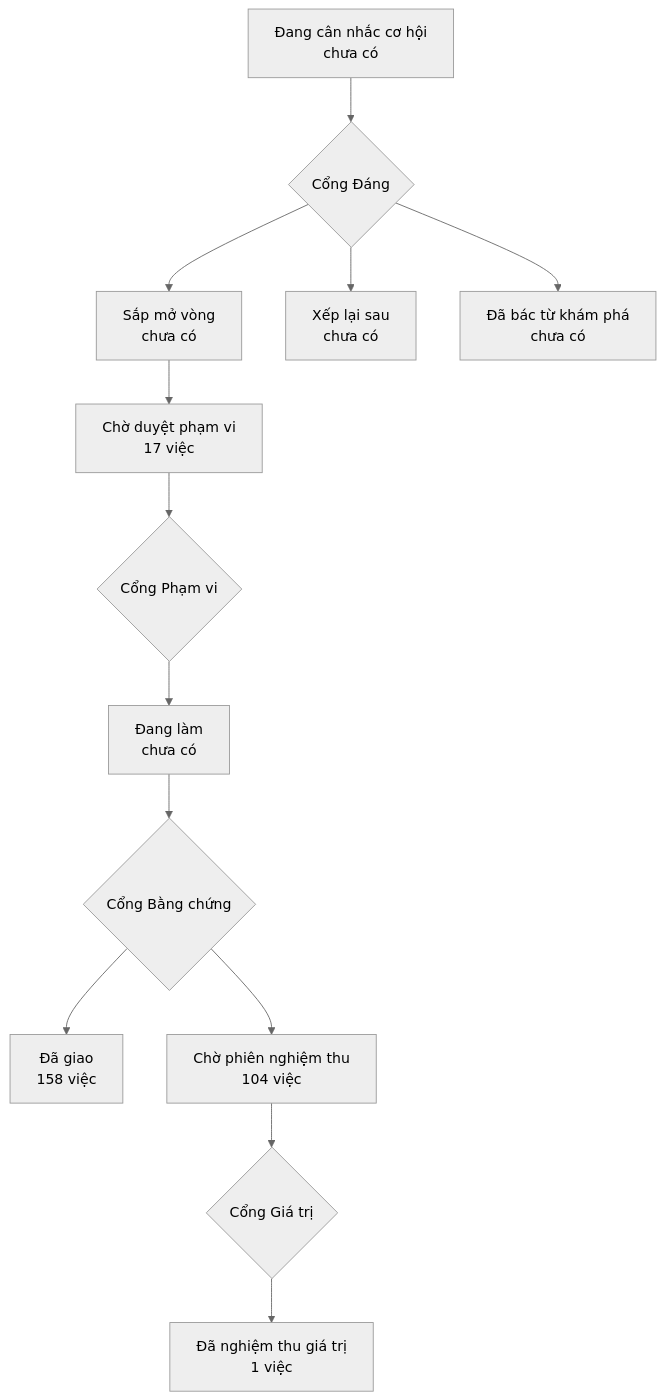
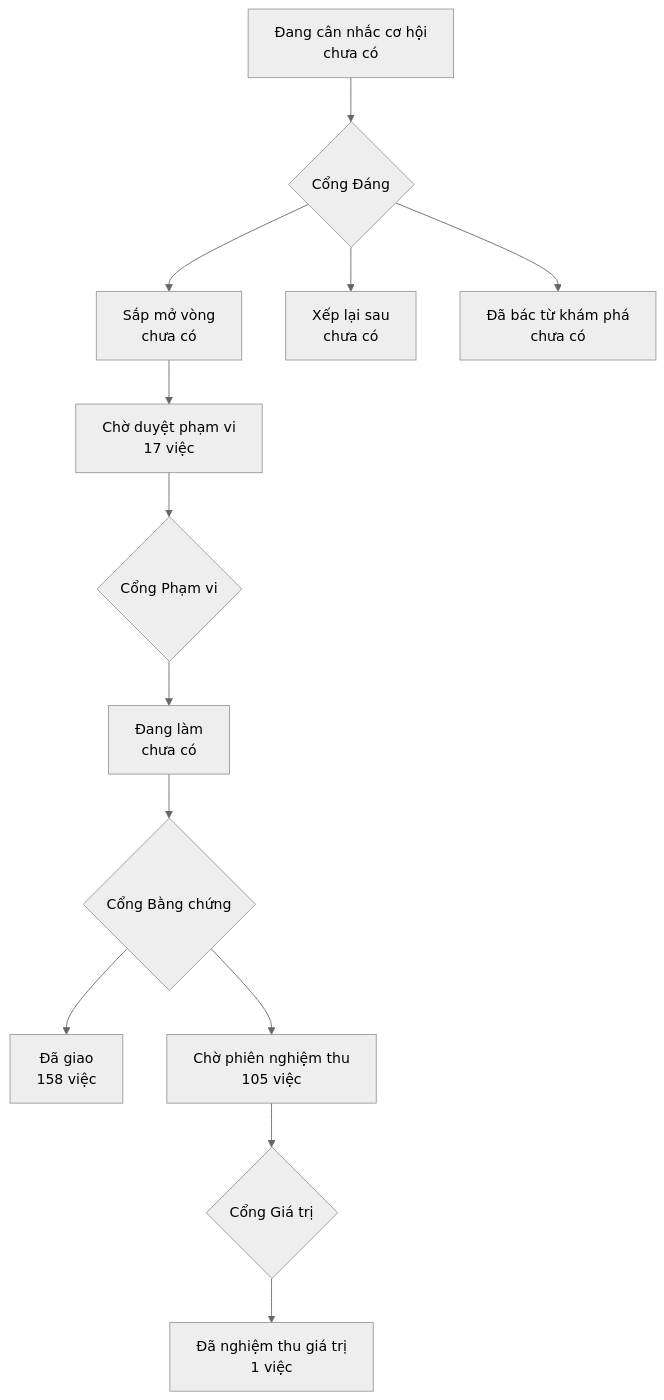
The diagram in PRODUCT-MAP.md (phanlemanh/onehub-invest), drawn with Mermaid (neutral theme) before and after one commit. The commit also changed other lines of this file and 1 other file, not shown here.

Commit message:
chore(acceptance): sinh lại PRODUCT-MAP, LO-TRINH sau khi gộp main (#378)

````diff
--- a/PRODUCT-MAP.md
+++ b/PRODUCT-MAP.md
@@ -7,12 +7,12 @@
 ```mermaid
 flowchart TD
   A["Đang cân nhắc cơ hội<br/>chưa có"] --> GD{"Cổng Đáng"}
   GD --> B["Sắp mở vòng<br/>chưa có"]
   GD --> XL["Xếp lại sau<br/>chưa có"]
   GD --> DB["Đã bác từ khám phá<br/>chưa có"]
   B --> CD["Chờ duyệt phạm vi<br/>17 việc"] --> GP{"Cổng Phạm vi"}
   GP --> DL["Đang làm<br/>chưa có"] --> GB{"Cổng Bằng chứng"}
   GB --> DG["Đã giao<br/>158 việc"]
-  GB --> CN["Chờ phiên nghiệm thu<br/>104 việc"] --> GG{"Cổng Giá trị"}
+  GB --> CN["Chờ phiên nghiệm thu<br/>105 việc"] --> GG{"Cổng Giá trị"}
   GG --> NT["Đã nghiệm thu giá trị<br/>1 việc"]
 ```
````
